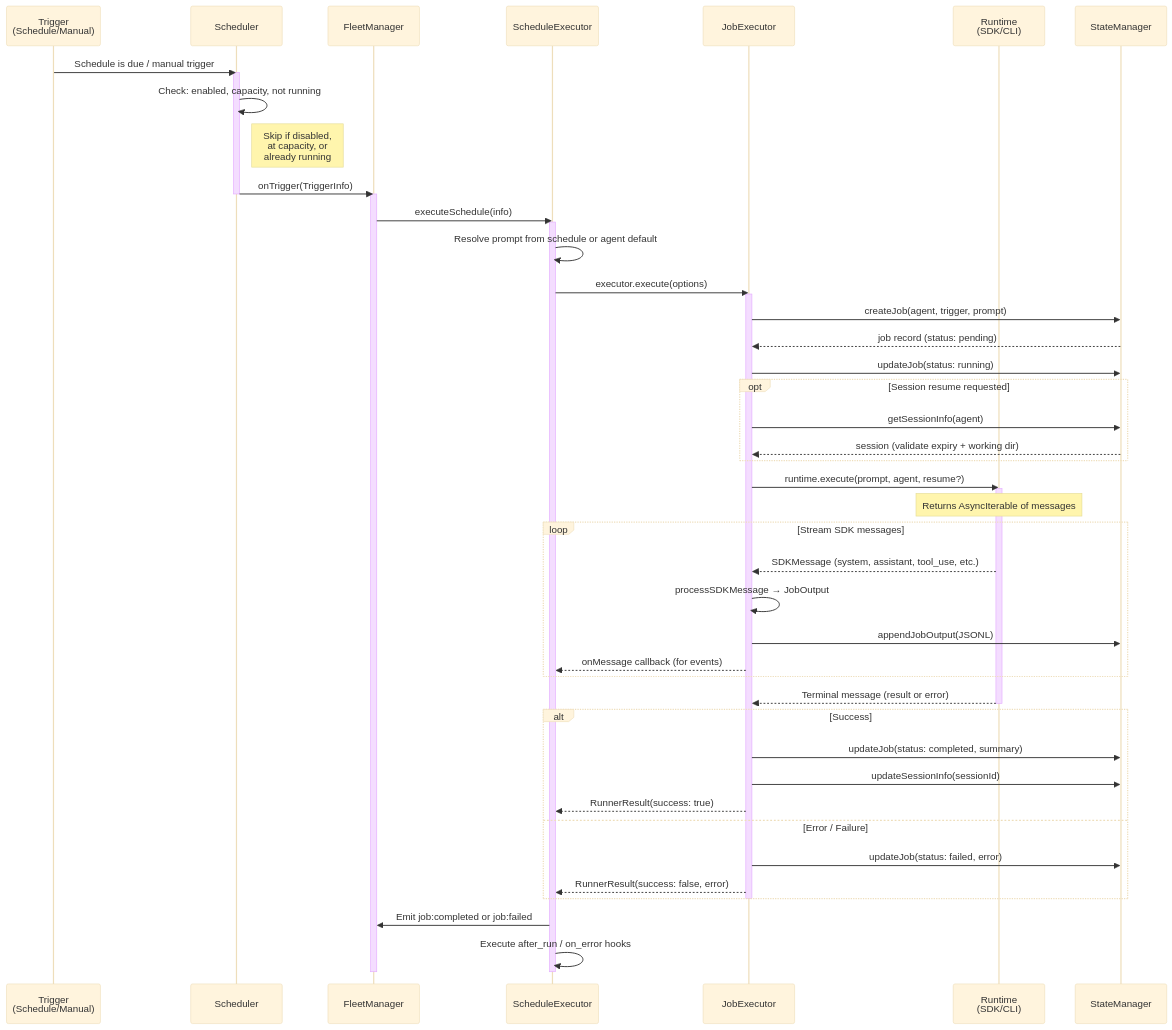
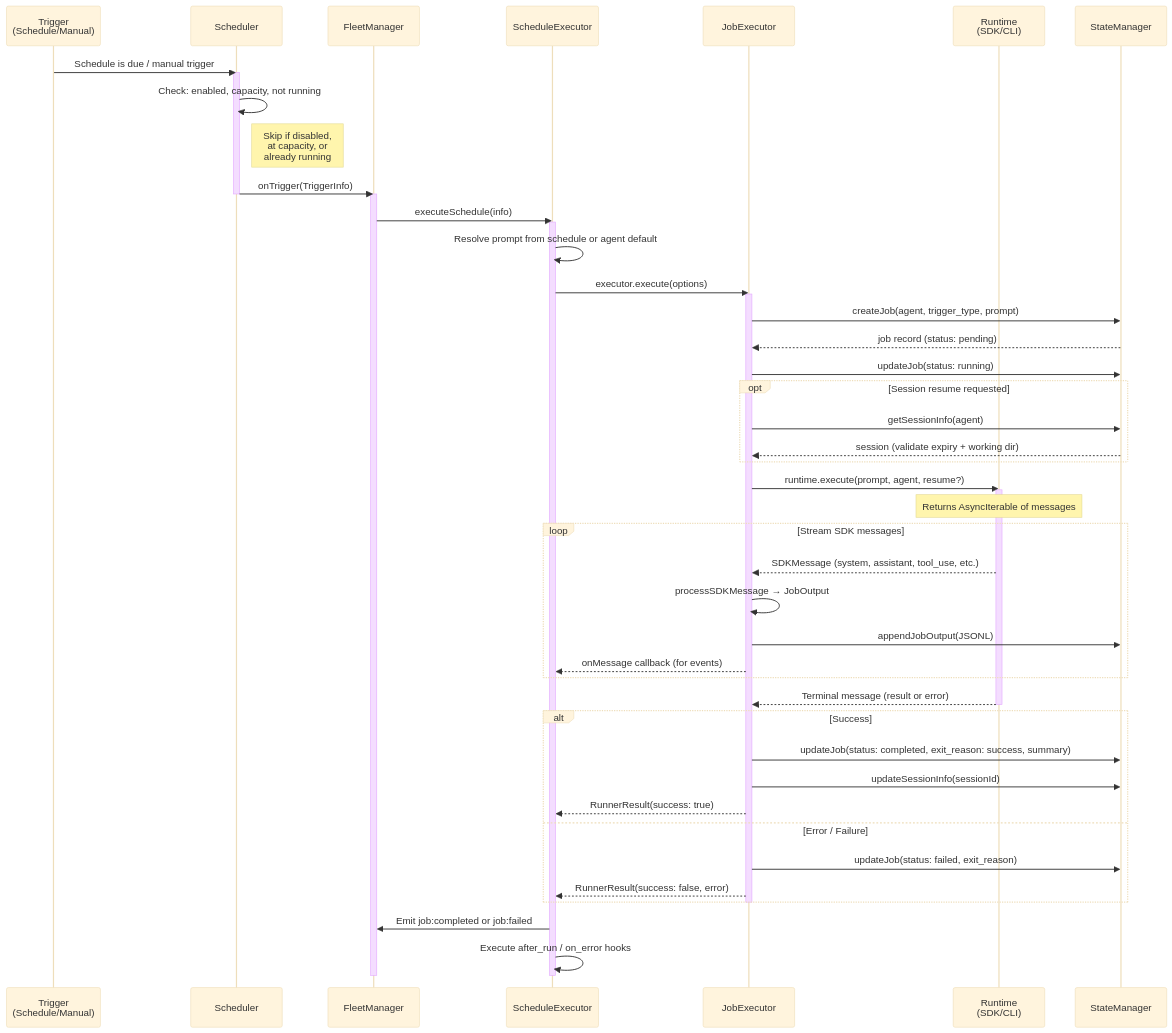
The diagram in docs/src/content/docs/concepts/jobs.md (edspencer/herdctl), drawn with Mermaid (base theme) before and after one commit. The commit also changed other lines of this file and 30 other files, not shown here.

````diff
--- a/docs/src/content/docs/concepts/jobs.md
+++ b/docs/src/content/docs/concepts/jobs.md
@@ -37,63 +43,63 @@
 ```mermaid
 sequenceDiagram
     participant Trigger as Trigger<br/>(Schedule/Manual)
     participant Scheduler
     participant FM as FleetManager
     participant SE as ScheduleExecutor
     participant JE as JobExecutor
     participant RT as Runtime<br/>(SDK/CLI)
     participant State as StateManager
 
     Trigger->>Scheduler: Schedule is due / manual trigger
     activate Scheduler
     Scheduler->>Scheduler: Check: enabled, capacity, not running
     Note right of Scheduler: Skip if disabled,<br/>at capacity, or<br/>already running
     Scheduler->>FM: onTrigger(TriggerInfo)
     deactivate Scheduler
 
     activate FM
     FM->>SE: executeSchedule(info)
     activate SE
     SE->>SE: Resolve prompt from schedule or agent default
     SE->>JE: executor.execute(options)
     activate JE
 
-    JE->>State: createJob(agent, trigger, prompt)
+    JE->>State: createJob(agent, trigger_type, prompt)
     State-->>JE: job record (status: pending)
 
     JE->>State: updateJob(status: running)
 
     opt Session resume requested
         JE->>State: getSessionInfo(agent)
         State-->>JE: session (validate expiry + working dir)
     end
 
     JE->>RT: runtime.execute(prompt, agent, resume?)
     activate RT
     Note over RT: Returns AsyncIterable of messages
 
     loop Stream SDK messages
         RT-->>JE: SDKMessage (system, assistant, tool_use, etc.)
         JE->>JE: processSDKMessage → JobOutput
         JE->>State: appendJobOutput(JSONL)
         JE-->>SE: onMessage callback (for events)
     end
 
     RT-->>JE: Terminal message (result or error)
     deactivate RT
 
     alt Success
-        JE->>State: updateJob(status: completed, summary)
+        JE->>State: updateJob(status: completed, exit_reason: success, summary)
         JE->>State: updateSessionInfo(sessionId)
         JE-->>SE: RunnerResult(success: true)
     else Error / Failure
-        JE->>State: updateJob(status: failed, error)
+        JE->>State: updateJob(status: failed, exit_reason)
         JE-->>SE: RunnerResult(success: false, error)
     end
     deactivate JE
 
     SE->>FM: Emit job:completed or job:failed
     SE->>SE: Execute after_run / on_error hooks
     deactivate SE
     deactivate FM
 ```
````
